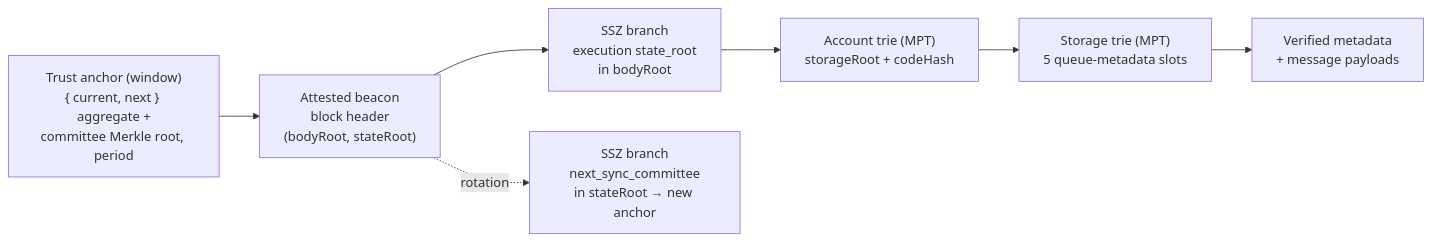
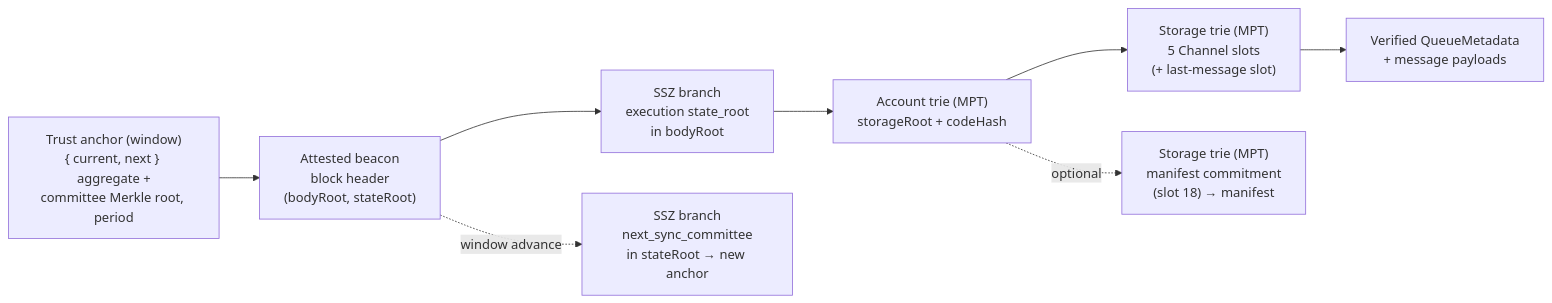
Before and after one commit to LFDT-CLPR/clpr-smart-contracts: the first of 4 diagrams in src/verifiers/evm/ethereum/README.md, drawn with Mermaid. The commit also changed other lines of this file and 17 other files, not shown here.

````diff
--- a/src/verifiers/evm/ethereum/README.md
+++ b/src/verifiers/evm/ethereum/README.md
@@ -14,9 +16,10 @@
 ```mermaid
 flowchart LR
     A["Trust anchor (window)\n{ current, next } aggregate +\ncommittee Merkle root, period"] --> B["Attested beacon\nblock header\n(bodyRoot, stateRoot)"]
     B --> C["SSZ branch\nexecution state_root\nin bodyRoot"]
     C --> E["Account trie (MPT)\nstorageRoot + codeHash"]
-    E --> F["Storage trie (MPT)\n5 queue-metadata slots"]
-    F --> G["Verified metadata\n+ message payloads"]
-    B -. "rotation" .-> R["SSZ branch\nnext_sync_committee\nin stateRoot → new anchor"]
+    E --> F["Storage trie (MPT)\n5 Channel slots\n(+ last-message slot)"]
+    F --> G["Verified QueueMetadata\n+ message payloads"]
+    E -. "optional" .-> M["Storage trie (MPT)\nmanifest commitment\n(slot 18) → manifest"]
+    B -. "window advance" .-> R["SSZ branch\nnext_sync_committee\nin stateRoot → new anchor"]
 ```
````
